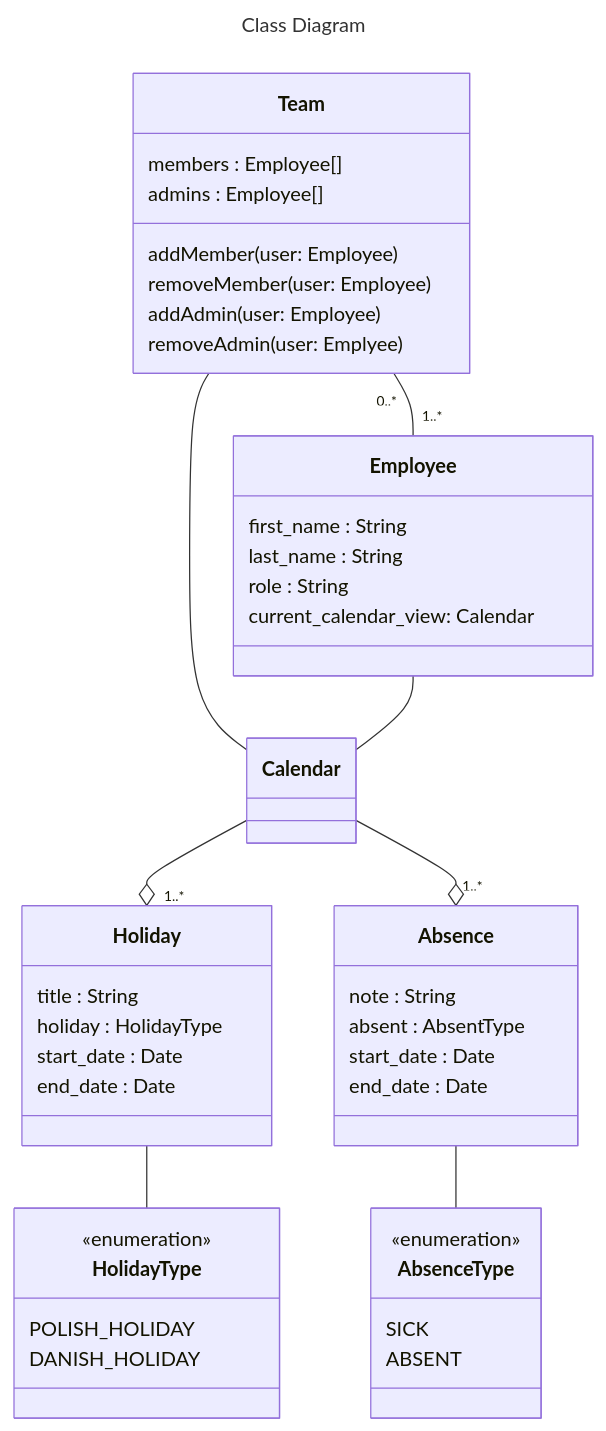
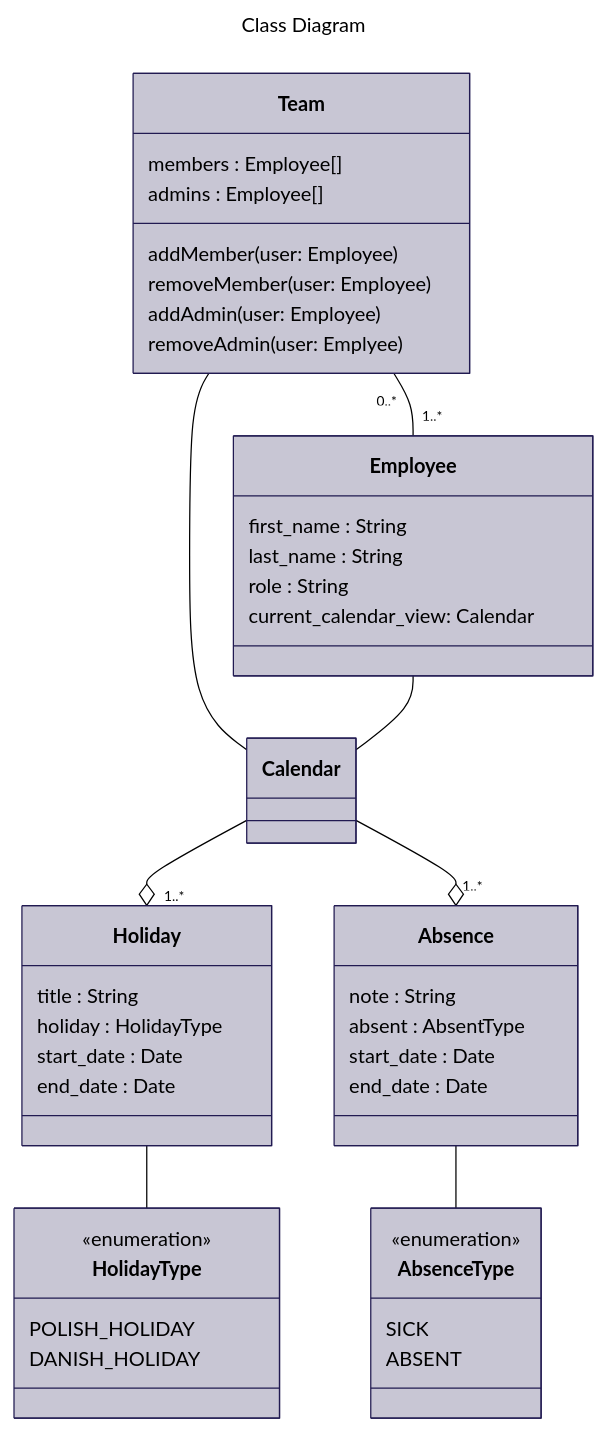
The diagram in class_diagram.md (cs-24-sw-3-01/uml), drawn with Mermaid before and after one commit.

Commit message:
aau theme test

```diff
--- a/class_diagram.md
+++ b/class_diagram.md
@@ -2,6 +2,21 @@
 ---
 title: Class Diagram
 ---
+%%{
+    init: {
+        'theme': 'base',
+        'themeVariables': {
+            'darkMode': 'false',
+            'background': '#fff',
+            'primaryColor': '#C8C6D4',
+            'primaryTextColor': '#000',
+            'primaryBorderColor': '#211A51',
+            'lineColor': '#000',
+            'secondaryColor': '#006100',
+            'tertiaryColor': '#fff'
+        }
+    }
+}%%
 classDiagram
     direction TB
 
```
